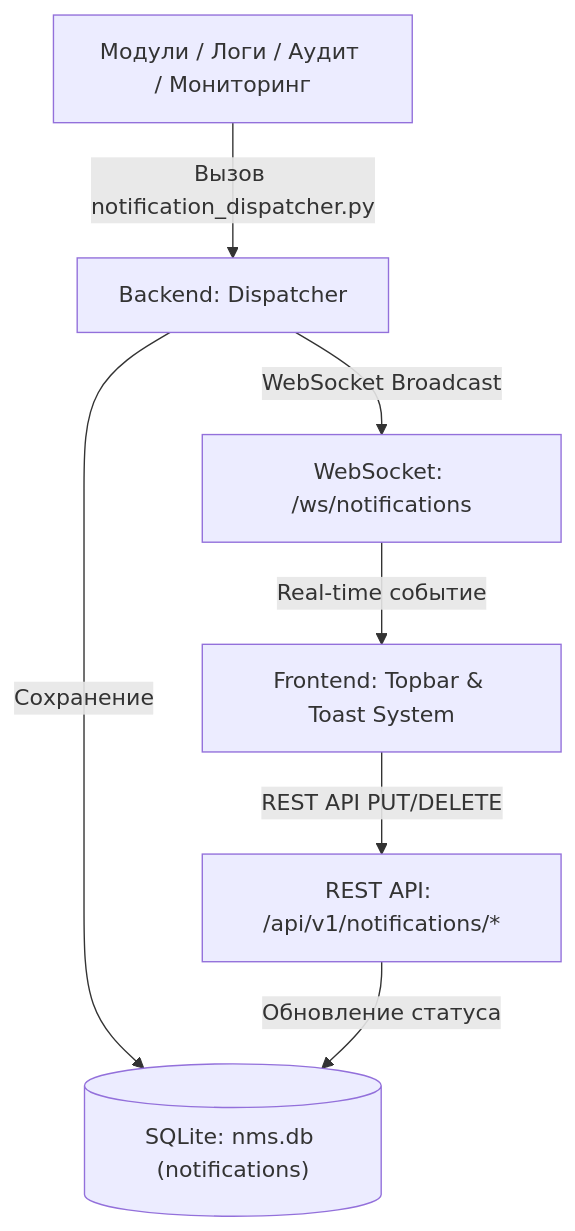
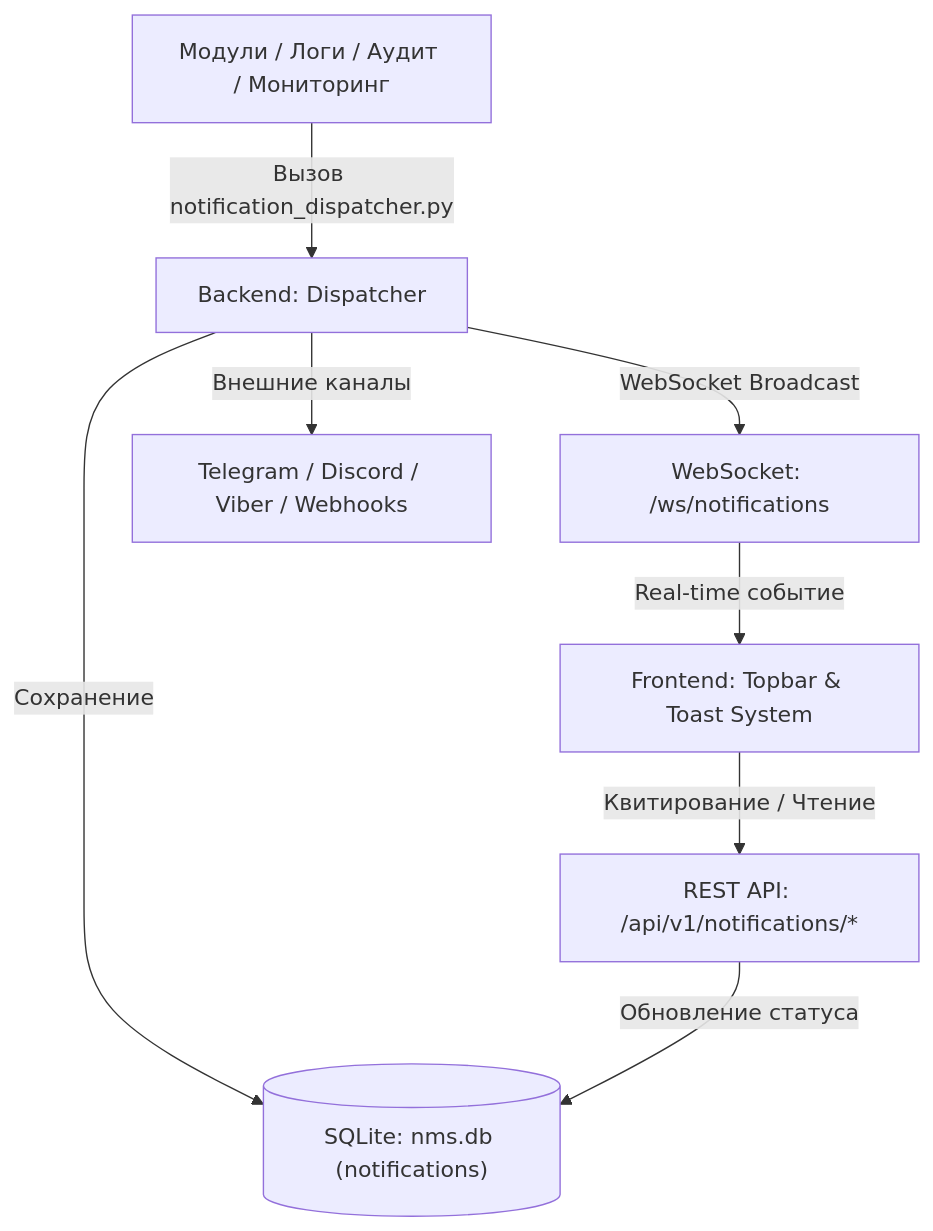
One commit to Apofixc/nms-webui changed the diagram in docs/wiki/02-usage/11-notifications-and-alerts.md. Above: the diagram before and after it, drawn with Mermaid. The commit also changed other lines of this file, not shown here.

Commit message:
docs: update notifications and alerts usage documentation

````diff
--- a/docs/wiki/02-usage/11-notifications-and-alerts.md
+++ b/docs/wiki/02-usage/11-notifications-and-alerts.md
@@ -62,9 +83,10 @@
 ```mermaid
 graph TD
     Subsystems["Модули / Логи / Аудит / Мониторинг"] -->|Вызов notification_dispatcher.py| Dispatcher["Backend: Dispatcher"]
     Dispatcher -->|Сохранение| DB[("SQLite: nms.db (notifications)")]
     Dispatcher -->|WebSocket Broadcast| WS["WebSocket: /ws/notifications"]
+    Dispatcher -->|Внешние каналы| External["Telegram / Discord / Viber / Webhooks"]
     WS -->|Real-time событие| UI["Frontend: Topbar & Toast System"]
-    UI -->|REST API PUT/DELETE| API["REST API: /api/v1/notifications/*"]
+    UI -->|Квитирование / Чтение| API["REST API: /api/v1/notifications/*"]
     API -->|Обновление статуса| DB
 ```
````
